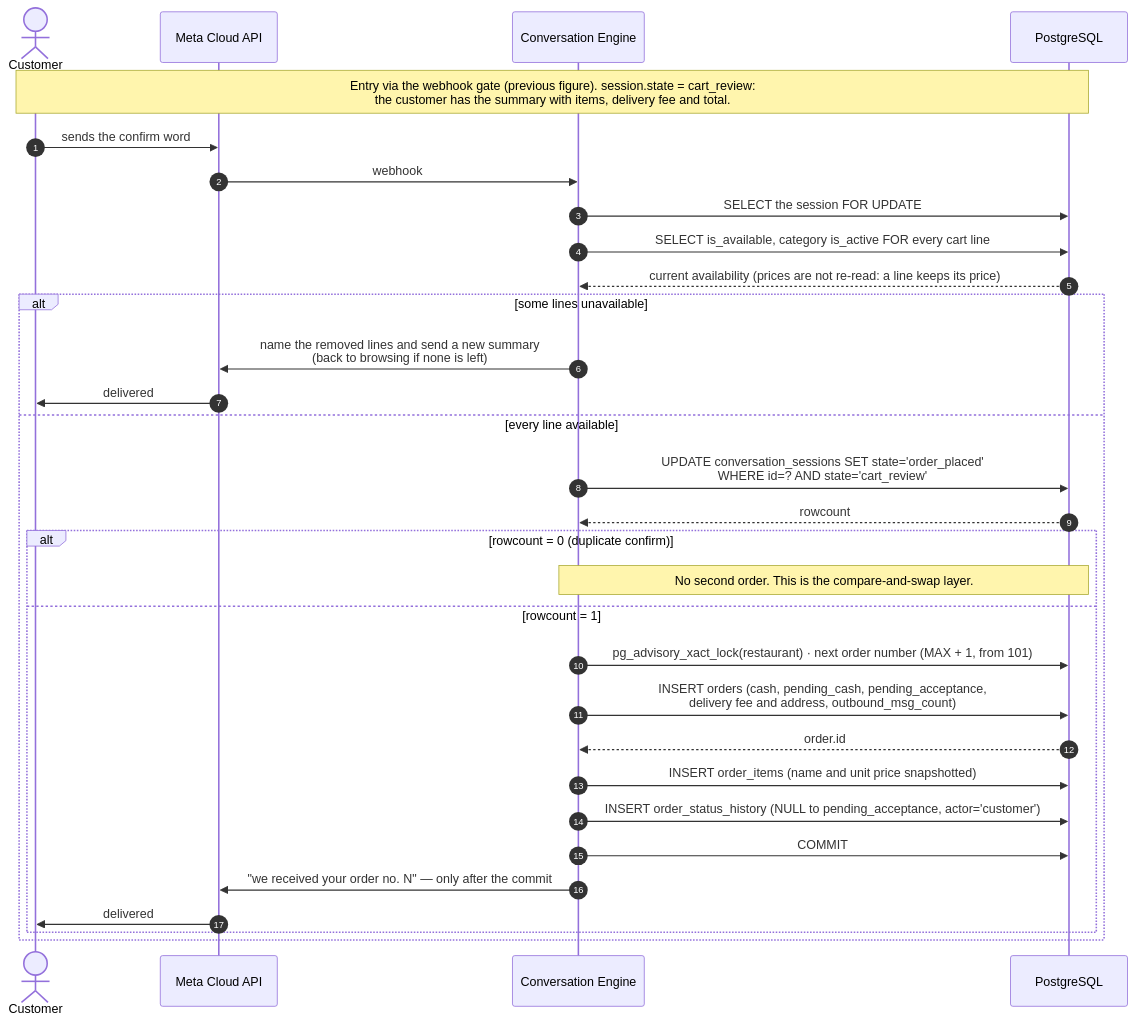
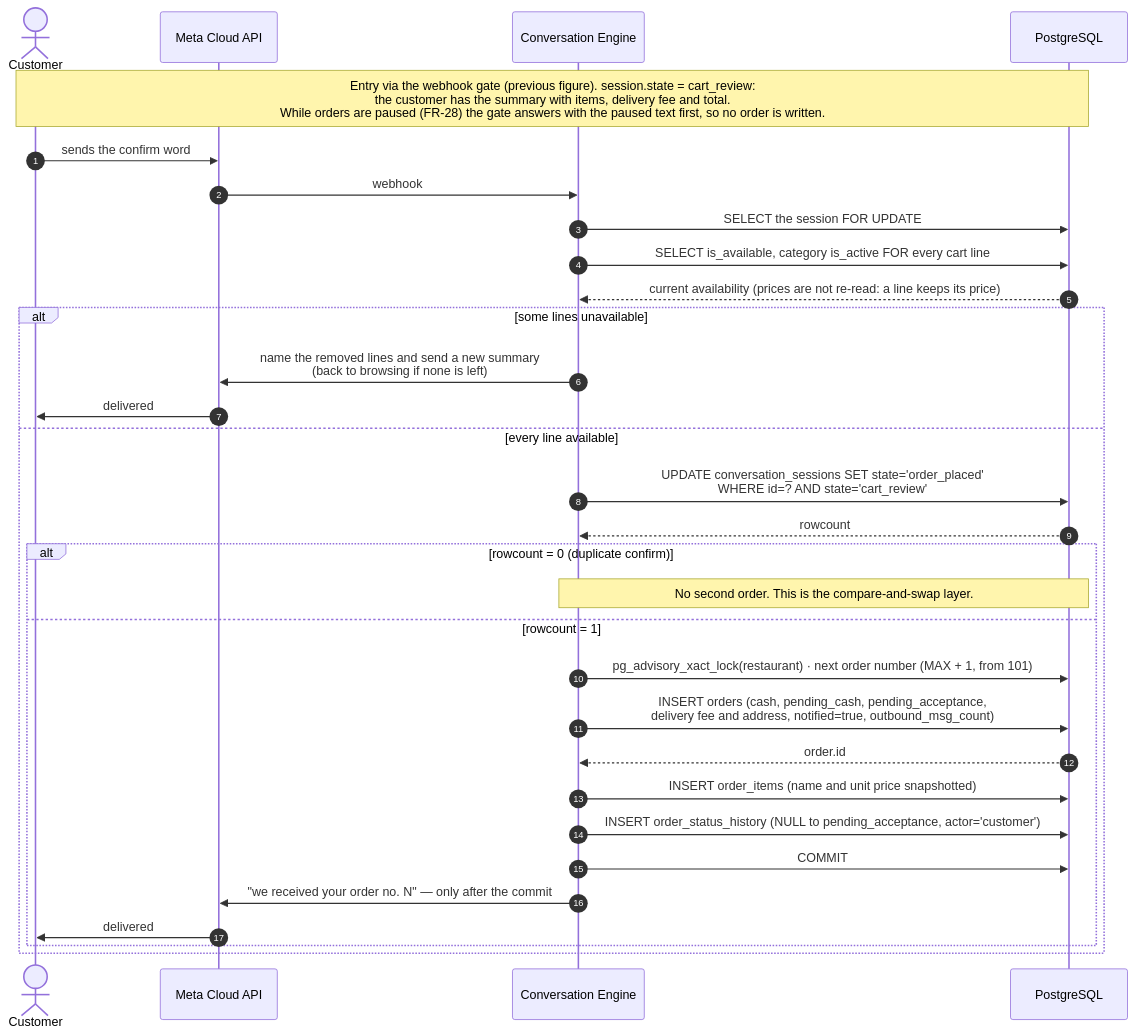
Before and after one commit to mozz-labs/sufria: the diagram in docs/diagrams/12-seq-cash-order.mmd, drawn with Mermaid. The commit also changed 37 other files, not shown here.

First line of the commit message:
docs(wip): Chapter 3 v1.2 diagrams — all rendered, FR-08, FR-28 and menu as built

```diff
--- a/docs/diagrams/12-seq-cash-order.mmd
+++ b/docs/diagrams/12-seq-cash-order.mmd
@@ -1,31 +1,31 @@
 sequenceDiagram
     autonumber
     actor C as Customer
     participant WA as Meta Cloud API
     participant CE as Conversation Engine
     participant DB as PostgreSQL
-    Note over C,DB: Entry via the webhook gate (previous figure). session.state = cart_review:<br/>the customer has the summary with items, delivery fee and total.
+    Note over C,DB: Entry via the webhook gate (previous figure). session.state = cart_review:<br/>the customer has the summary with items, delivery fee and total.<br/>While orders are paused (FR-28) the gate answers with the paused text first, so no order is written.
     C->>WA: sends the confirm word
     WA->>CE: webhook
     CE->>DB: SELECT the session FOR UPDATE
     CE->>DB: SELECT is_available, category is_active FOR every cart line
     DB-->>CE: current availability (prices are not re-read: a line keeps its price)
     alt some lines unavailable
         CE->>WA: name the removed lines and send a new summary<br/>(back to browsing if none is left)
         WA->>C: delivered
     else every line available
         CE->>DB: UPDATE conversation_sessions SET state='order_placed'<br/>WHERE id=? AND state='cart_review'
         DB-->>CE: rowcount
         alt rowcount = 0 (duplicate confirm)
             Note over CE,DB: No second order. This is the compare-and-swap layer.
         else rowcount = 1
             CE->>DB: pg_advisory_xact_lock(restaurant) · next order number (MAX + 1, from 101)
-            CE->>DB: INSERT orders (cash, pending_cash, pending_acceptance,<br/>delivery fee and address, outbound_msg_count)
+            CE->>DB: INSERT orders (cash, pending_cash, pending_acceptance,<br/>delivery fee and address, notified=true, outbound_msg_count)
             DB-->>CE: order.id
             CE->>DB: INSERT order_items (name and unit price snapshotted)
             CE->>DB: INSERT order_status_history (NULL to pending_acceptance, actor='customer')
             CE->>DB: COMMIT
             CE->>WA: "we received your order no. N" — only after the commit
             WA->>C: delivered
         end
     end
```
